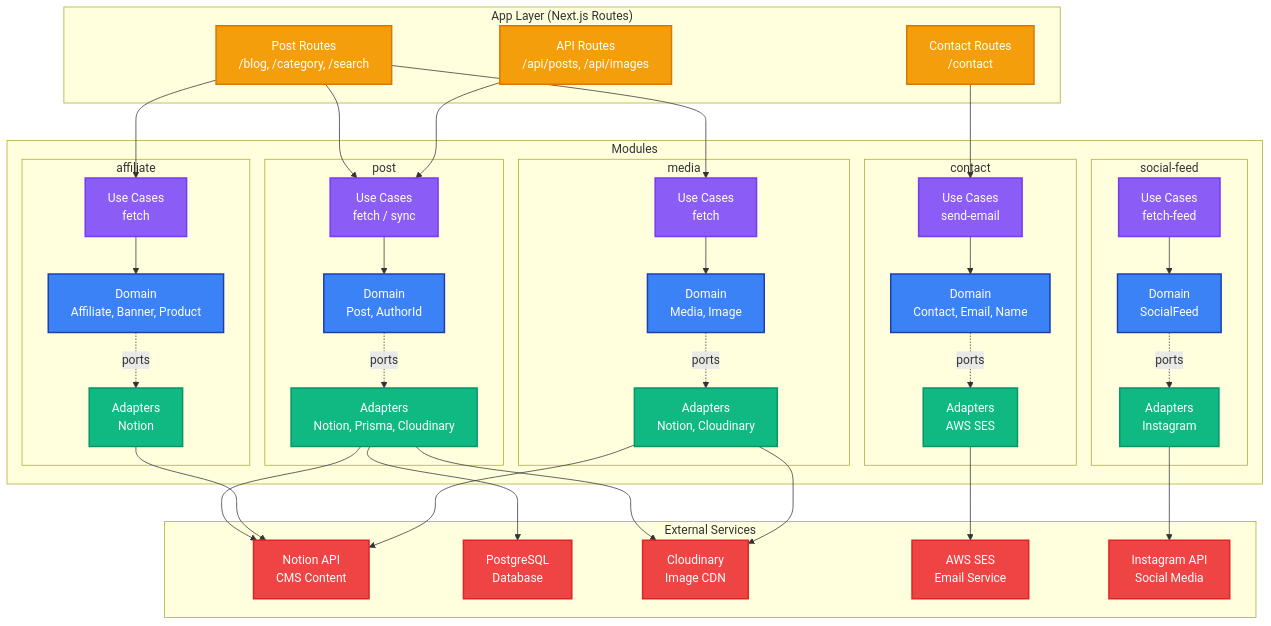
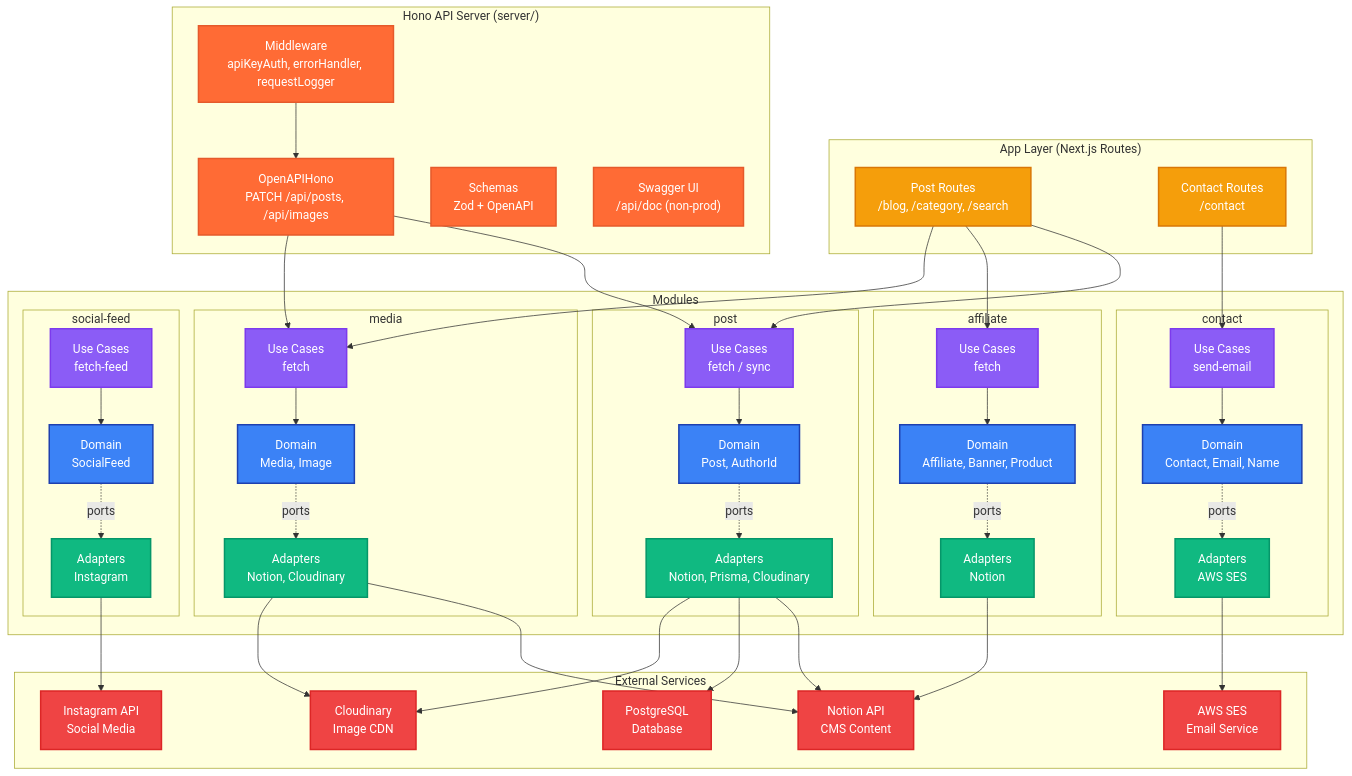
One commit to k2bg-technology/k2bg-branding changed the first of 2 diagrams in apps/blog/README.md. Above: the diagram before and after it, drawn with Mermaid. The commit also changed other lines of this file and 2 other files, not shown here.

First line of the commit message:
📝 Adds Hono API server documentation to project docs

```diff
--- a/apps/blog/README.md
+++ b/apps/blog/README.md
@@ -147,7 +148,13 @@
     subgraph "App Layer (Next.js Routes)"
         PostRoutes["Post Routes<br/>/blog, /category, /search"]
         ContactRoutes["Contact Routes<br/>/contact"]
-        APIRoutes["API Routes<br/>/api/posts, /api/images"]
+    end
+
+    subgraph "Hono API Server (server/)"
+        APIRoutes["OpenAPIHono<br/>PATCH /api/posts, /api/images"]
+        Middleware["Middleware<br/>apiKeyAuth, errorHandler, requestLogger"]
+        Schemas["Schemas<br/>Zod + OpenAPI"]
+        SwaggerUI["Swagger UI<br/>/api/doc (non-prod)"]
     end
 
     subgraph "Modules"
@@ -186,7 +193,9 @@
     PostRoutes --> AffiliateUseCases
     PostRoutes --> MediaUseCases
     ContactRoutes --> ContactUseCases
+    Middleware --> APIRoutes
     APIRoutes --> PostUseCases
+    APIRoutes --> MediaUseCases
 
     PostUseCases --> PostDomain
     ContactUseCases --> ContactDomain
@@ -210,12 +219,14 @@
     SocialFeedAdapters --> Instagram
 
     classDef appStyle fill:#F59E0B,stroke:#D97706,stroke-width:2px,color:#fff
+    classDef honoStyle fill:#FF6B35,stroke:#E55A2B,stroke-width:2px,color:#fff
     classDef useCaseStyle fill:#8B5CF6,stroke:#7C3AED,stroke-width:2px,color:#fff
     classDef domainStyle fill:#3B82F6,stroke:#1E40AF,stroke-width:2px,color:#fff
     classDef adapterStyle fill:#10B981,stroke:#059669,stroke-width:2px,color:#fff
     classDef externalStyle fill:#EF4444,stroke:#DC2626,stroke-width:2px,color:#fff
 
-    class PostRoutes,ContactRoutes,APIRoutes appStyle
+    class PostRoutes,ContactRoutes appStyle
+    class APIRoutes,Middleware,Schemas,SwaggerUI honoStyle
     class PostUseCases,ContactUseCases,AffiliateUseCases,MediaUseCases,SocialFeedUseCases useCaseStyle
     class PostDomain,ContactDomain,AffiliateDomain,MediaDomain,SocialFeedDomain domainStyle
     class PostAdapters,ContactAdapters,AffiliateAdapters,MediaAdapters,SocialFeedAdapters adapterStyle
```
